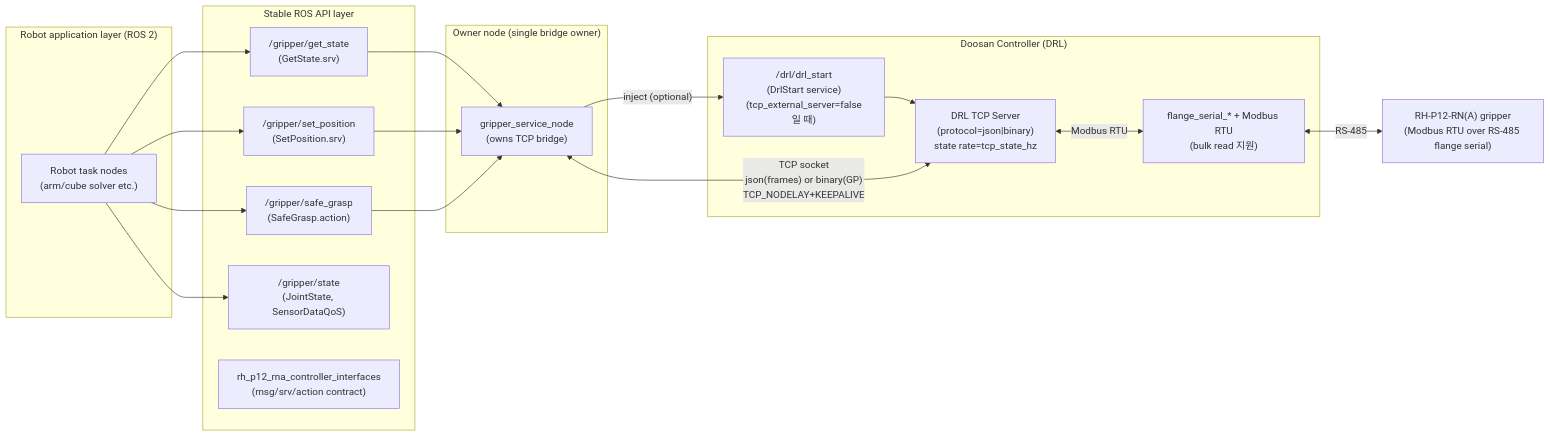
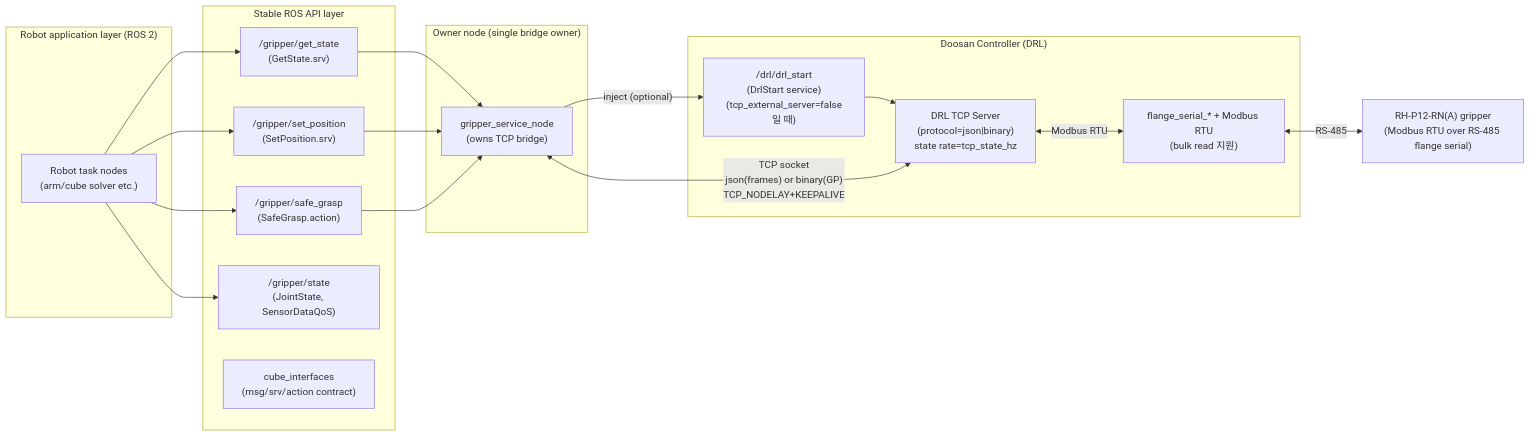
The first of 2 diagrams in src/rh_p12_rna_controller/README.md (KAIROS7-team3/cube-solver-with-DoosanE0509-ver2), drawn with Mermaid before and after one commit. The commit also changed other lines of this file and 33 other files, not shown here.

````diff
--- a/src/rh_p12_rna_controller/README.md
+++ b/src/rh_p12_rna_controller/README.md
@@ -31,42 +31,42 @@
 ```mermaid
 flowchart LR
   subgraph APP["Robot application layer (ROS 2)"]
     TASK["Robot task nodes\n(arm/cube solver etc.)"]
   end
 
   subgraph API["Stable ROS API layer"]
     SVC["/gripper/get_state\n(GetState.srv)"]
     SET["/gripper/set_position\n(SetPosition.srv)"]
     SG["/gripper/safe_grasp\n(SafeGrasp.action)"]
     STATE["/gripper/state\n(JointState, SensorDataQoS)"]
-    IFACE["rh_p12_rna_controller_interfaces\n(msg/srv/action contract)"]
+    IFACE["cube_interfaces\n(msg/srv/action contract)"]
   end
 
   subgraph OWNER["Owner node (single bridge owner)"]
     OWN["gripper_service_node\n(owns TCP bridge)"]
   end
 
   subgraph CTRL["Doosan Controller (DRL)"]
     DRL["/drl/drl_start\n(DrlStart service)\n(tcp_external_server=false일 때)"]
     SRV["DRL TCP Server\n(protocol=json|binary)\nstate rate=tcp_state_hz"]
     MB["flange_serial_* + Modbus RTU\n(bulk read 지원)"]
   end
 
   G["RH-P12-RN(A) gripper\n(Modbus RTU over RS-485 flange serial)"]
 
   TASK --> SVC
   TASK --> SET
   TASK --> SG
   TASK --> STATE
 
   SVC --> OWN
   SET --> OWN
   SG --> OWN
 
   OWN -->|"inject (optional)"| DRL
   DRL --> SRV
 
   OWN <-->|"TCP socket\njson(frames) or binary(GP)\nTCP_NODELAY+KEEPALIVE"| SRV
   SRV <-->|"Modbus RTU"| MB
   MB <-->|"RS-485"| G
 ```
````
